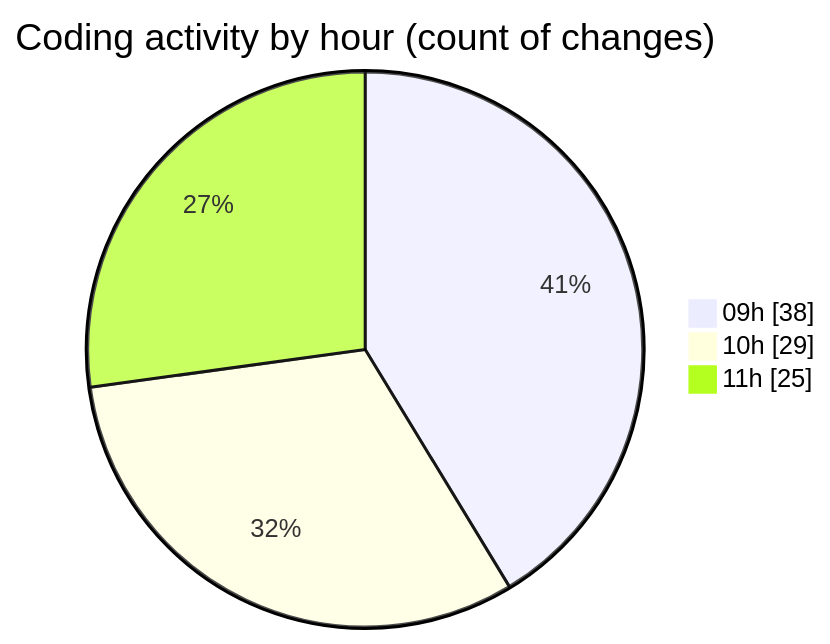
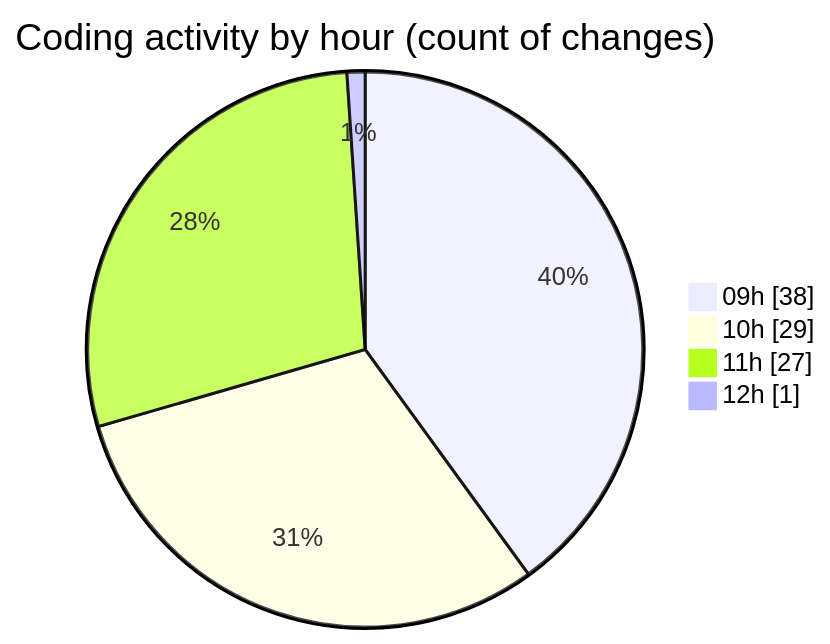
Before and after one commit to momahboobian/code-tracking: the second of 2 diagrams in 2026-07-27/cda/README.md, drawn with Mermaid. The commit also changed other lines of this file and 1 other file, not shown here.

````diff
--- a/2026-07-27/cda/README.md
+++ b/2026-07-27/cda/README.md
@@ -44,7 +44,8 @@
 ```mermaid
 pie showData
 title Coding activity by hour (count of changes)
 "09h" : 38
 "10h" : 29
-"11h" : 25
+"11h" : 27
+"12h" : 1
 ```
````
